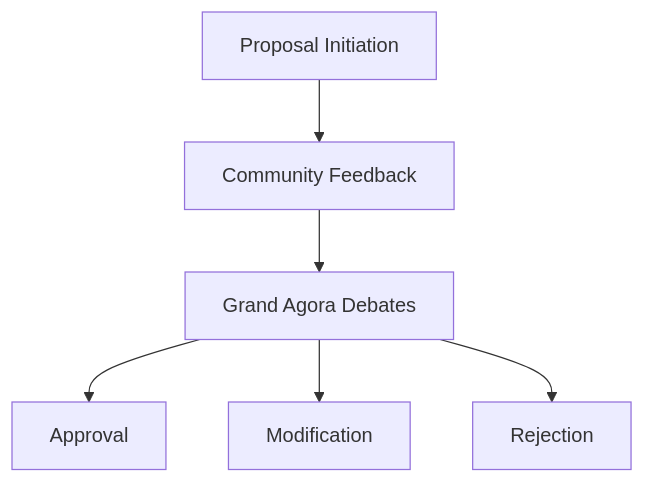
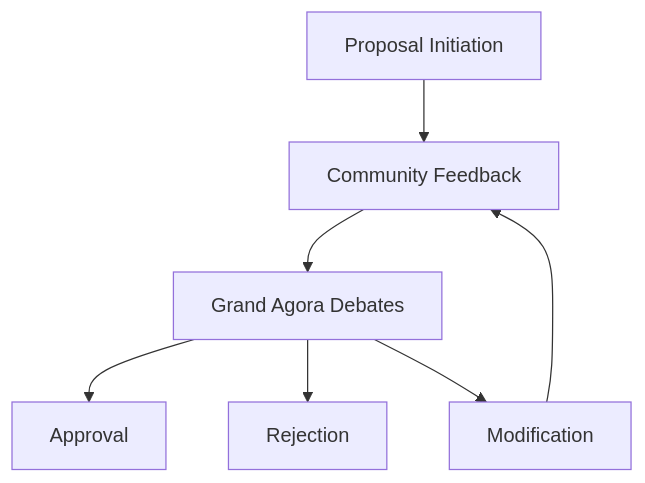
Before and after one commit to moul/bits.manfred.life: the second of 2 diagrams in stories/open-society/index.md, drawn with Mermaid.

````diff
--- a/stories/open-society/index.md
+++ b/stories/open-society/index.md
@@ -43,8 +43,9 @@
 ```mermaid
 graph TD
     A[Proposal Initiation] --> B[Community Feedback]
     B --> C[Grand Agora Debates]
     C --> D1[Approval]
+    C --> D3[Rejection]
     C --> D2[Modification]
-    C --> D3[Rejection]
+    D2 --> B
 ```
````
